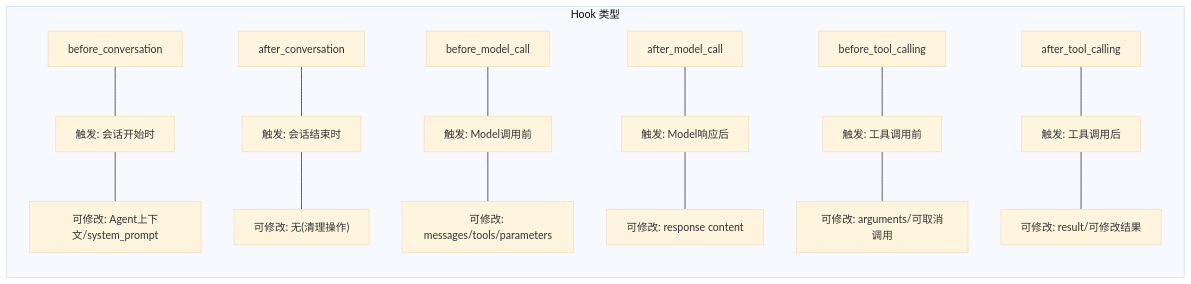
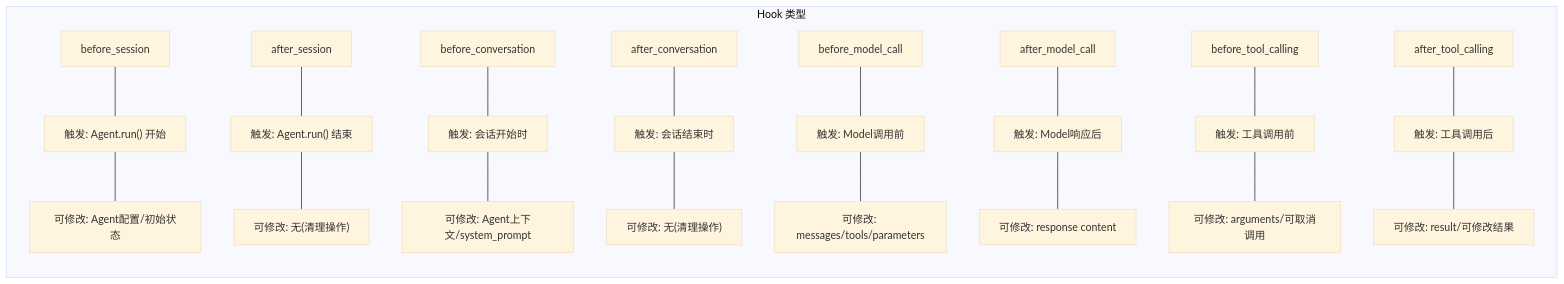
Before and after one commit to whywwhhyy/hawi: the second of 3 diagrams in docs/hook_system.md, drawn with Mermaid (base theme). The commit also changed other lines of this file and 4 other files, not shown here.

First line of the commit message:
refactor(agent): extract StreamBlockAccumulator and add session hooks

````diff
--- a/docs/hook_system.md
+++ b/docs/hook_system.md
@@ -28,37 +28,47 @@
 ```mermaid
 graph LR
     subgraph HookTypes["Hook 类型"]
         direction TB
+
+        BS["before_session"]
+        BS_T["触发: Agent.run() 开始"]
+        BS_M["可修改: Agent配置/初始状态"]
+
+        BE["after_session"]
+        BE_T["触发: Agent.run() 结束"]
+        BE_M["可修改: 无(清理操作)"]
 
         BC["before_conversation"]
         BC_T["触发: 会话开始时"]
         BC_M["可修改: Agent上下文/system_prompt"]
 
         AC["after_conversation"]
         AC_T["触发: 会话结束时"]
         AC_M["可修改: 无(清理操作)"]
 
         BMC["before_model_call"]
         BMC_T["触发: Model调用前"]
         BMC_M["可修改: messages/tools/parameters"]
 
         AMC["after_model_call"]
         AMC_T["触发: Model响应后"]
         AMC_M["可修改: response content"]
 
         BTC["before_tool_calling"]
         BTC_T["触发: 工具调用前"]
         BTC_M["可修改: arguments/可取消调用"]
 
         ATC["after_tool_calling"]
         ATC_T["触发: 工具调用后"]
         ATC_M["可修改: result/可修改结果"]
     end
 
+    BS --- BS_T --- BS_M
+    BE --- BE_T --- BE_M
     BC --- BC_T --- BC_M
     AC --- AC_T --- AC_M
     BMC --- BMC_T --- BMC_M
     AMC --- AMC_T --- AMC_M
     BTC --- BTC_T --- BTC_M
     ATC --- ATC_T --- ATC_M
 ```
````
